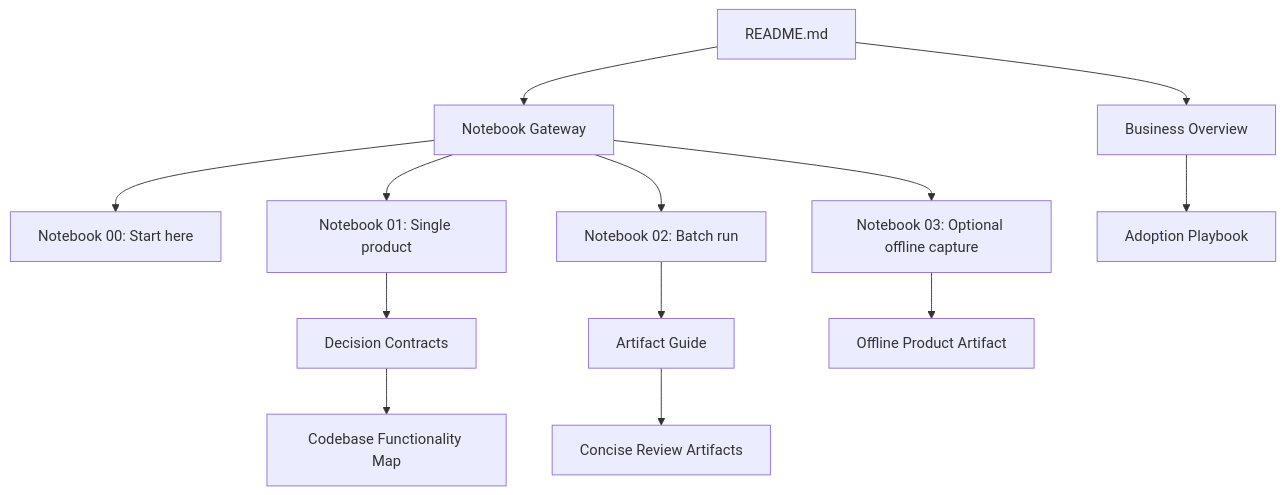
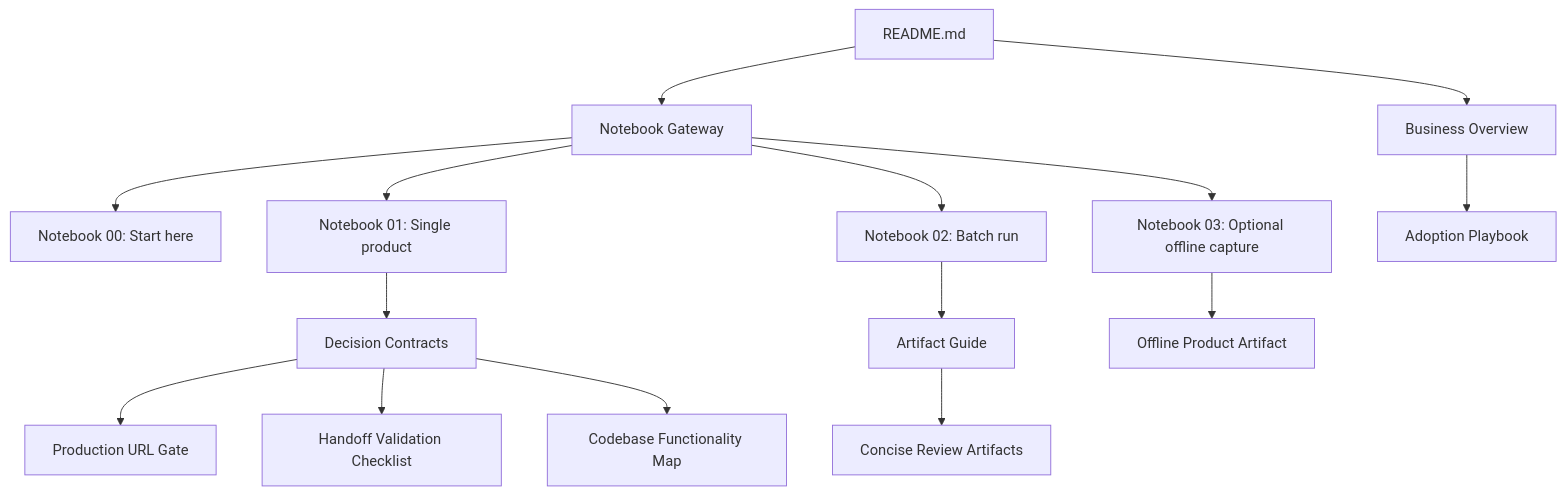
The first of 2 diagrams in docs/README.md (Akilankm/web_search_tool), drawn with Mermaid before and after one commit. The commit also changed other lines of this file, not shown here.

Commit message:
Update docs index for final handoff gates

````diff
--- a/docs/README.md
+++ b/docs/README.md
@@ -5,15 +5,17 @@
 ```mermaid
 flowchart TD
     A[README.md] --> B[Business Overview]
     A --> C[Notebook Gateway]
     C --> D[Notebook 00: Start here]
     C --> E[Notebook 01: Single product]
     C --> F[Notebook 02: Batch run]
     C --> G[Notebook 03: Optional offline capture]
     B --> H[Adoption Playbook]
     E --> I[Decision Contracts]
     F --> J[Artifact Guide]
     J --> M[Concise Review Artifacts]
+    I --> N[Production URL Gate]
+    I --> O[Handoff Validation Checklist]
     G --> K[Offline Product Artifact]
     I --> L[Codebase Functionality Map]
 ```
````
